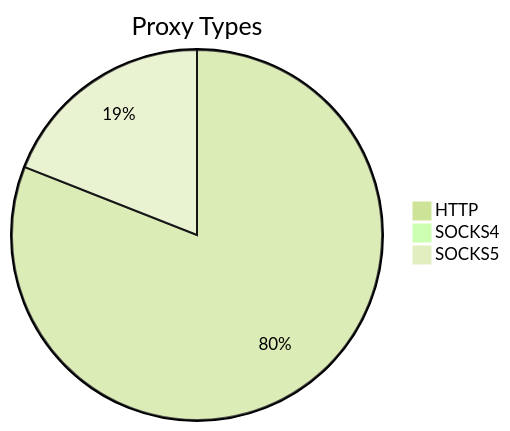
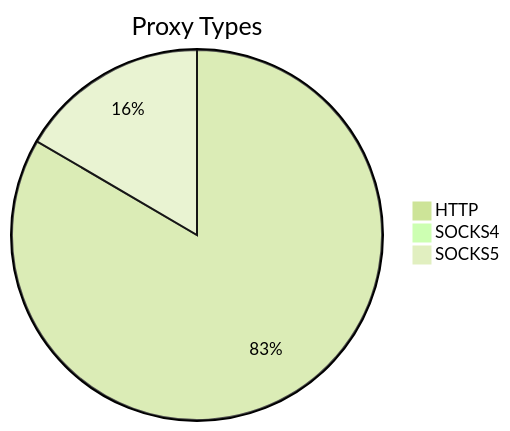
Before and after one commit to stormsia/proxy-list: the first of 2 diagrams in README.md, drawn with Mermaid (forest theme). The commit also changed other lines of this file, not shown here.

````diff
--- a/README.md
+++ b/README.md
@@ -21,6 +21,6 @@
 ```mermaid
 pie title Proxy Types
-    "HTTP" : 1077
-    "SOCKS4" : 13
-    "SOCKS5" : 253
+    "HTTP" : 1042
+    "SOCKS4" : 10
+    "SOCKS5" : 207
 ```
````
